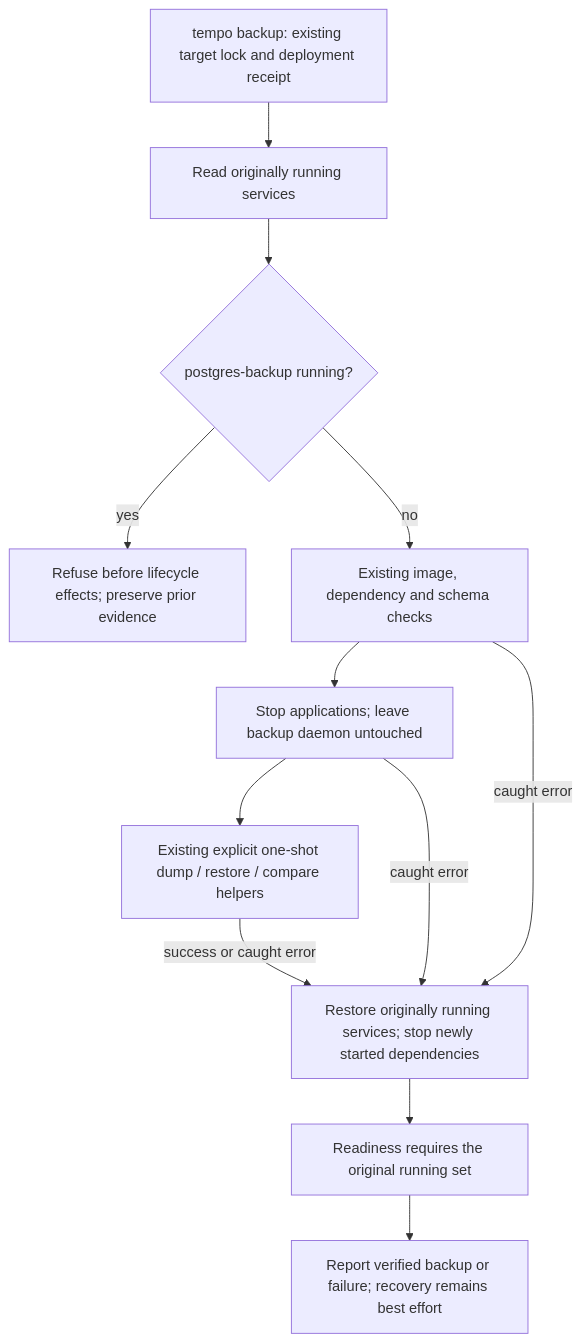
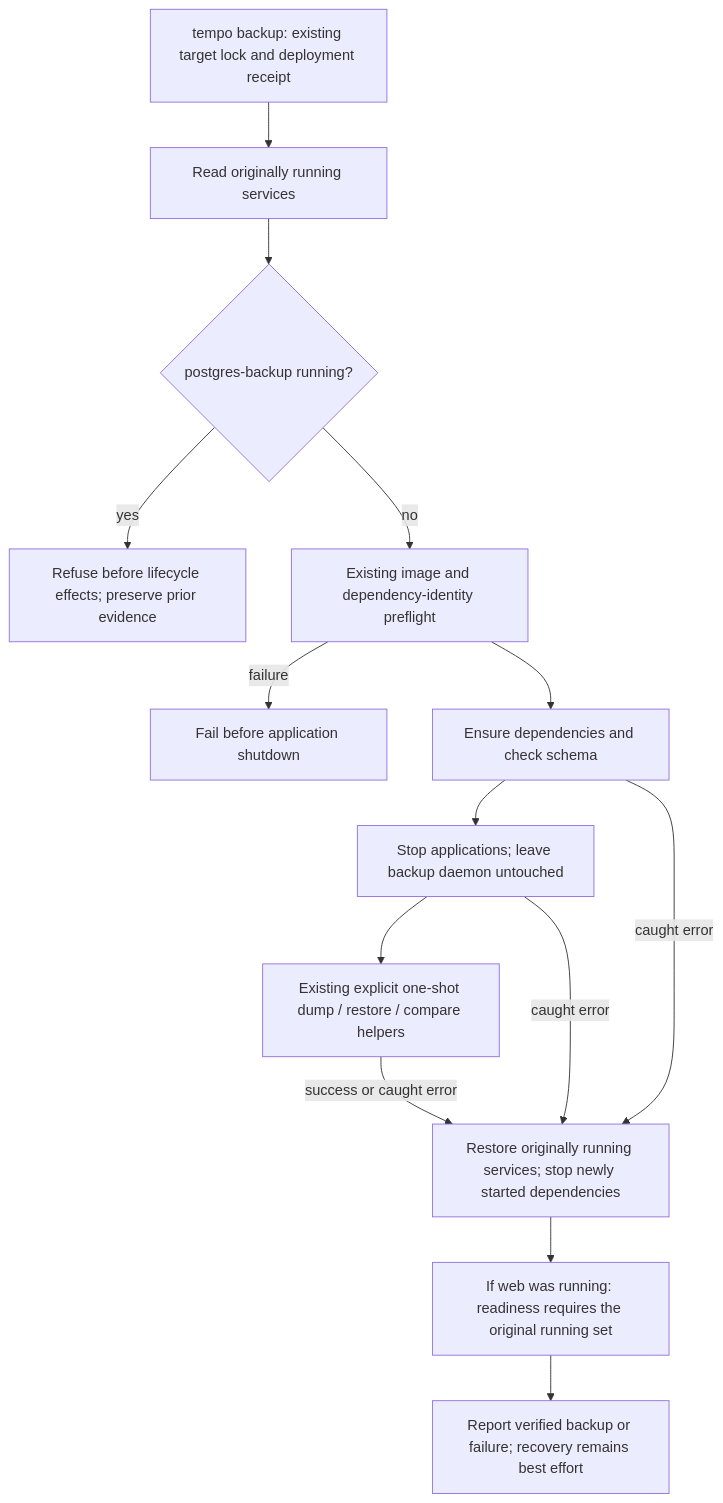
The diagram in scripts/README.md (aaweaver-actuary/tempo), drawn with Mermaid before and after one commit.

Commit message:
Clarify one-shot preflight and conditional readiness diagram

````diff
--- a/scripts/README.md
+++ b/scripts/README.md
@@ -21,14 +21,16 @@
 ```mermaid
 flowchart TD
   CLI["tempo backup: existing target lock and deployment receipt"] --> Snapshot["Read originally running services"]
   Snapshot --> Gate{"postgres-backup running?"}
   Gate -->|yes| Refuse["Refuse before lifecycle effects; preserve prior evidence"]
-  Gate -->|no| Prepare["Existing image, dependency and schema checks"]
+  Gate -->|no| Images["Existing image and dependency-identity preflight"]
+  Images -->|failure| PreflightFailure["Fail before application shutdown"]
+  Images --> Prepare["Ensure dependencies and check schema"]
   Prepare --> Stop["Stop applications; leave backup daemon untouched"]
   Stop --> Helpers["Existing explicit one-shot dump / restore / compare helpers"]
   Helpers -->|success or caught error| Recover["Restore originally running services; stop newly started dependencies"]
   Prepare -->|caught error| Recover
   Stop -->|caught error| Recover
-  Recover --> Ready["Readiness requires the original running set"]
+  Recover --> Ready["If web was running: readiness requires the original running set"]
   Ready --> Report["Report verified backup or failure; recovery remains best effort"]
 ```
````
